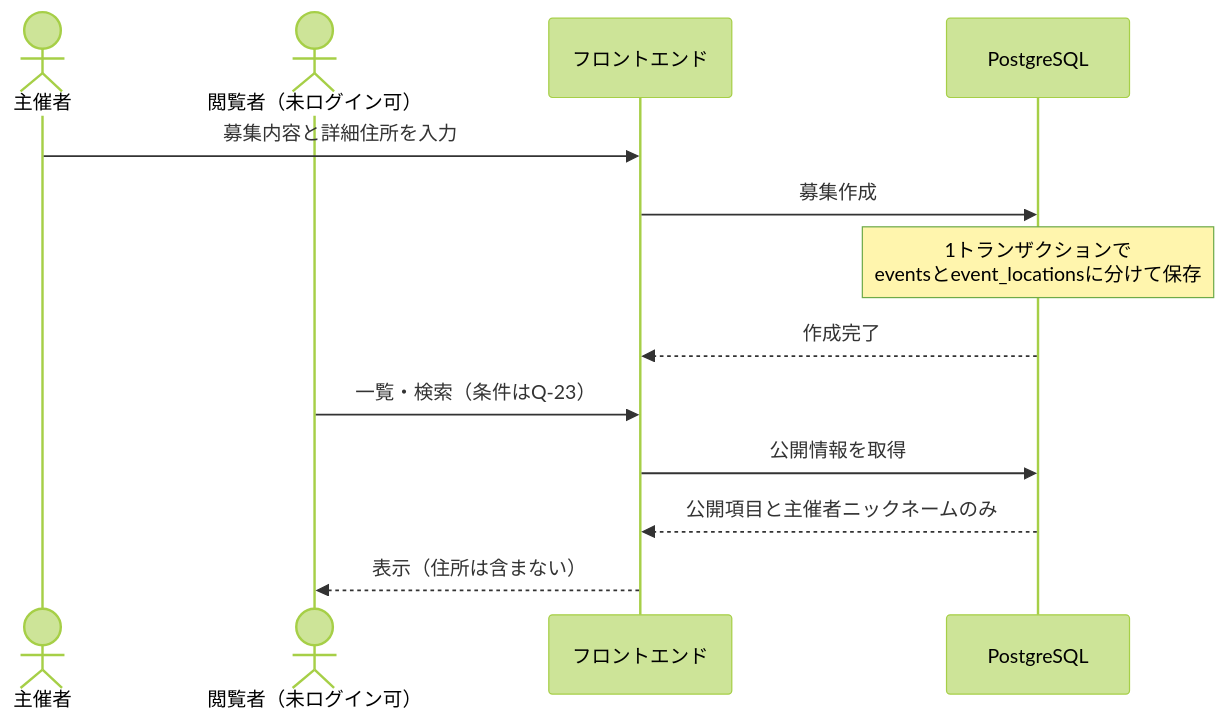
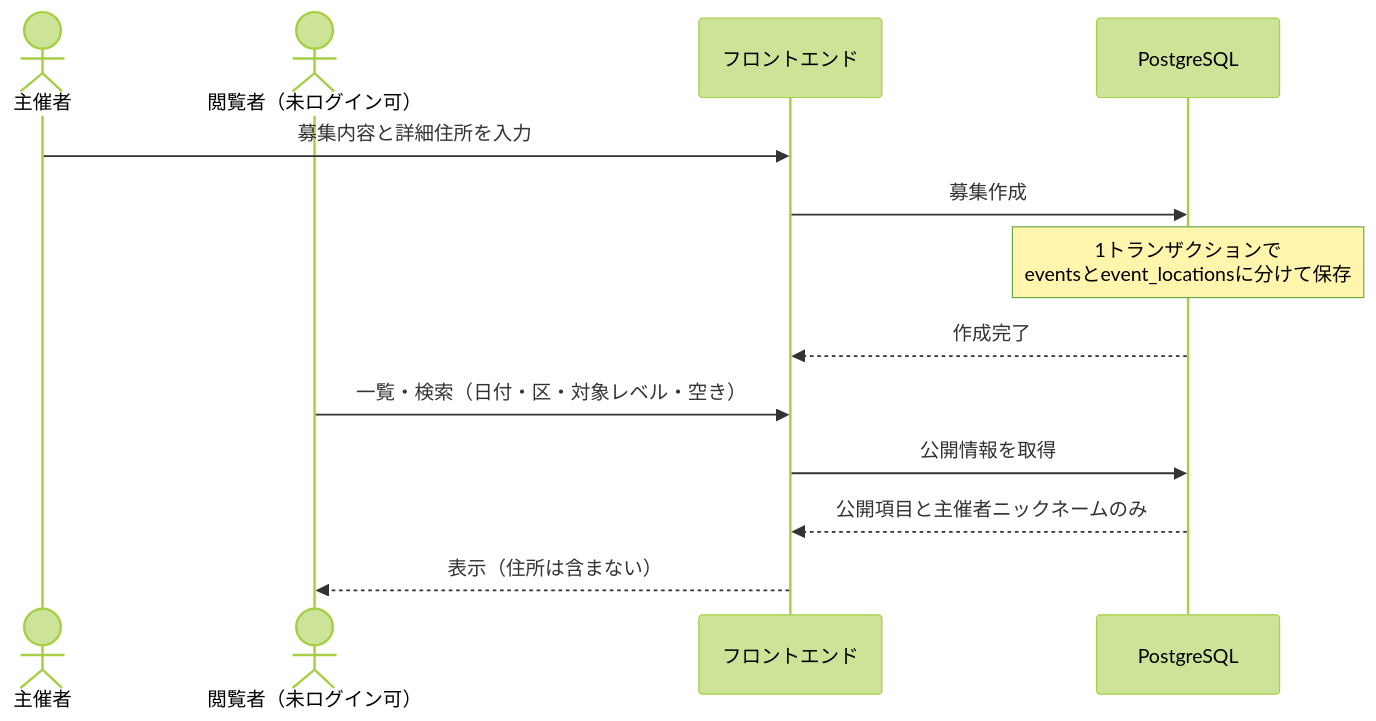
One commit to sysnovastudio-byte/nagoya-volleyball-matching changed the third of 8 diagrams in docs/07_システムアーキテクチャ.md. Above: the diagram before and after it, drawn with Mermaid (forest theme). The commit also changed other lines of this file and 10 other files, not shown here.

````diff
--- a/docs/07_システムアーキテクチャ.md
+++ b/docs/07_システムアーキテクチャ.md
@@ -82,15 +85,15 @@
 ```mermaid
 sequenceDiagram
     actor H as 主催者
     actor V as 閲覧者（未ログイン可）
     participant F as フロントエンド
     participant D as PostgreSQL
     H->>F: 募集内容と詳細住所を入力
     F->>D: 募集作成
     Note over D: 1トランザクションで<br/>eventsとevent_locationsに分けて保存
     D-->>F: 作成完了
-    V->>F: 一覧・検索（条件はQ-23）
+    V->>F: 一覧・検索（日付・区・対象レベル・空き）
     F->>D: 公開情報を取得
     D-->>F: 公開項目と主催者ニックネームのみ
     F-->>V: 表示（住所は含まない）
 ```
````
